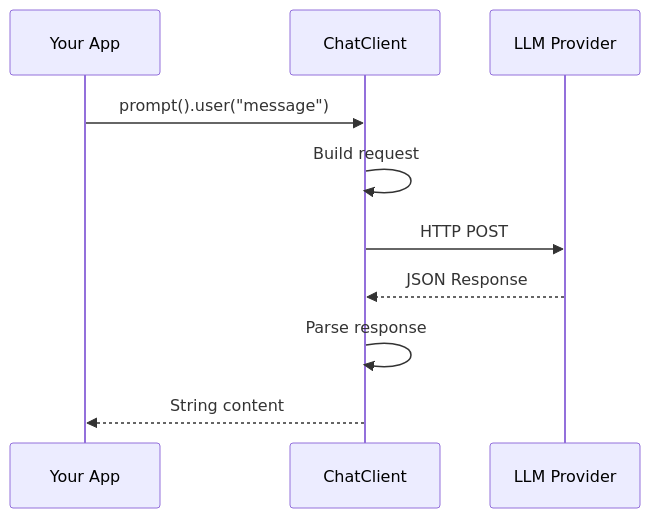
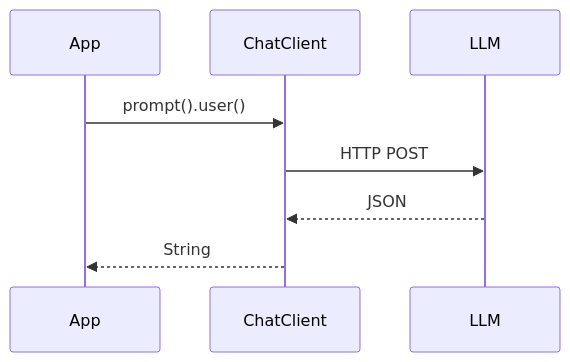
One commit to kousen/software-design-course changed the second of 4 diagrams in slides/week-12-spring-ai/slides.md. Above: the diagram before and after it, drawn with Mermaid. The commit also changed other lines of this file, not shown here.

Commit message:
Reduce ChatClient Flow diagram size
- Wrapped diagram in div with w-2/3 width
- Simplified participant labels and messages
- Better fit for slide layout

🤖 Generated with [Claude Code](https://claude.com/claude-code)

````diff
--- a/slides/week-12-spring-ai/slides.md
+++ b/slides/week-12-spring-ai/slides.md
@@ -267,13 +270,11 @@
 ```mermaid
 sequenceDiagram
-    participant App as Your App
+    participant App
     participant CC as ChatClient
-    participant AI as LLM Provider
+    participant AI as LLM
 
-    App->>CC: prompt().user("message")
-    CC->>CC: Build request
+    App->>CC: prompt().user()
     CC->>AI: HTTP POST
-    AI-->>CC: JSON Response
-    CC->>CC: Parse response
-    CC-->>App: String content
+    AI-->>CC: JSON
+    CC-->>App: String
 ```
````
